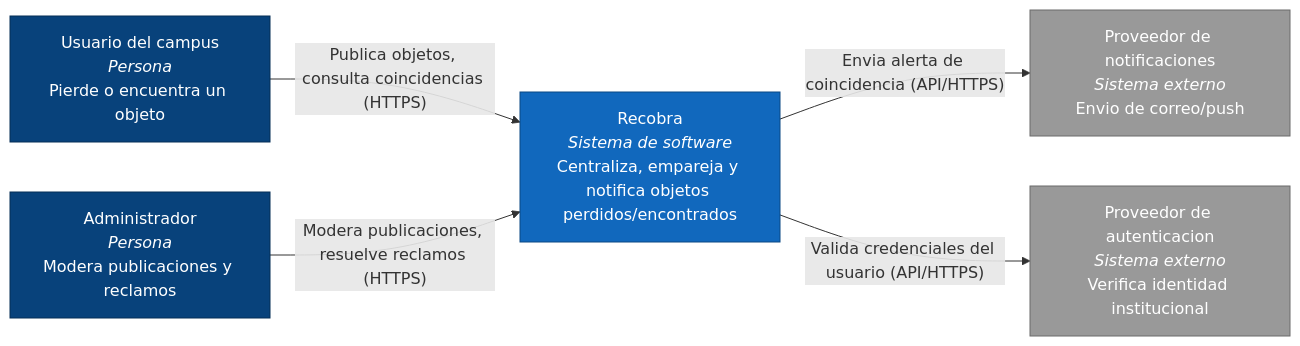
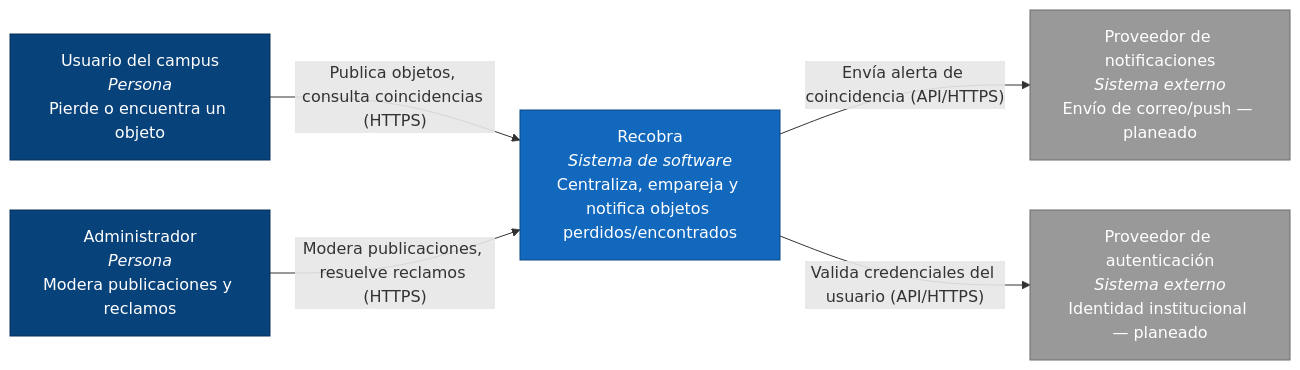
Before and after one commit to ISCOUTB/AS_202620_Recobra: the first of 2 diagrams in docs/c4/README.md, drawn with Mermaid. The commit also changed other lines of this file and 743 other files, not shown here.

````diff
--- a/docs/c4/README.md
+++ b/docs/c4/README.md
@@ -5,21 +5,21 @@
 ```mermaid
 flowchart LR
     usuario["Usuario del campus<br/><i>Persona</i><br/>Pierde o encuentra un objeto"]
     admin["Administrador<br/><i>Persona</i><br/>Modera publicaciones y reclamos"]
     recobra["Recobra<br/><i>Sistema de software</i><br/>Centraliza, empareja y notifica objetos perdidos/encontrados"]
-    notif["Proveedor de notificaciones<br/><i>Sistema externo</i><br/>Envio de correo/push"]
-    auth["Proveedor de autenticacion<br/><i>Sistema externo</i><br/>Verifica identidad institucional"]
+    notif["Proveedor de notificaciones<br/><i>Sistema externo</i><br/>Envío de correo/push — planeado"]
+    auth["Proveedor de autenticación<br/><i>Sistema externo</i><br/>Identidad institucional — planeado"]
 
     usuario -->|"Publica objetos, consulta coincidencias (HTTPS)"| recobra
     admin -->|"Modera publicaciones, resuelve reclamos (HTTPS)"| recobra
-    recobra -->|"Envia alerta de coincidencia (API/HTTPS)"| notif
+    recobra -->|"Envía alerta de coincidencia (API/HTTPS)"| notif
     recobra -->|"Valida credenciales del usuario (API/HTTPS)"| auth
 
     classDef persona fill:#08427b,color:#fff,stroke:#052e56;
     classDef sistema fill:#1168bd,color:#fff,stroke:#0b4884;
     classDef externo fill:#999999,color:#fff,stroke:#6b6b6b;
 
     class usuario,admin persona;
     class recobra sistema;
     class notif,auth externo;
 ```
````
